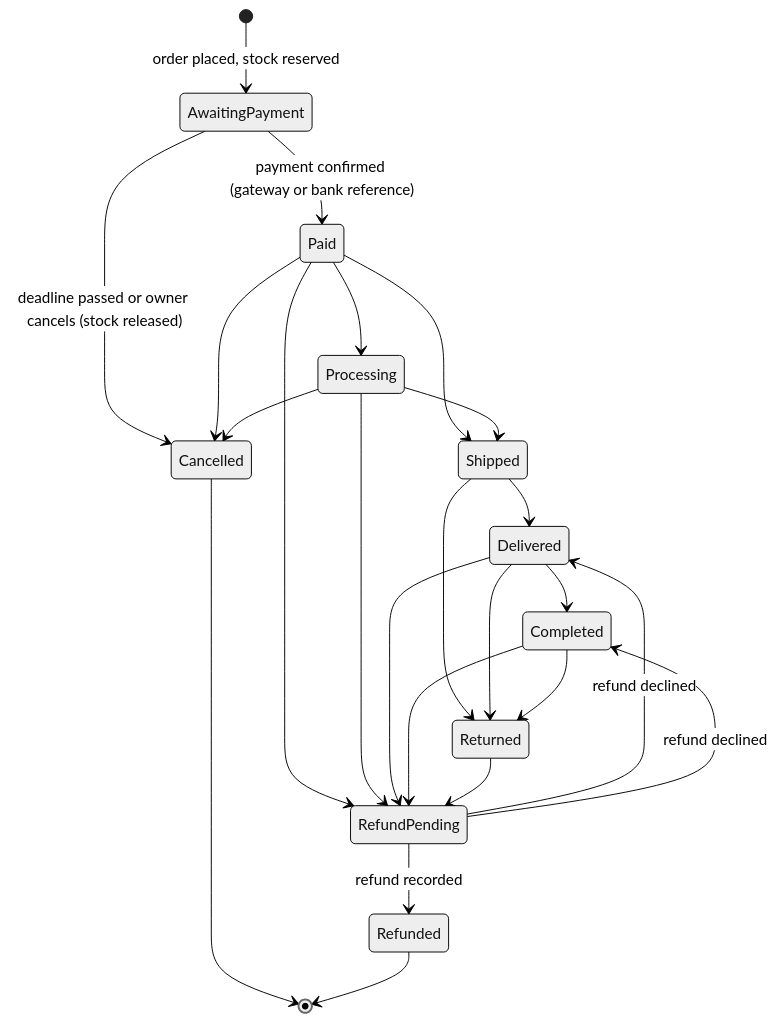
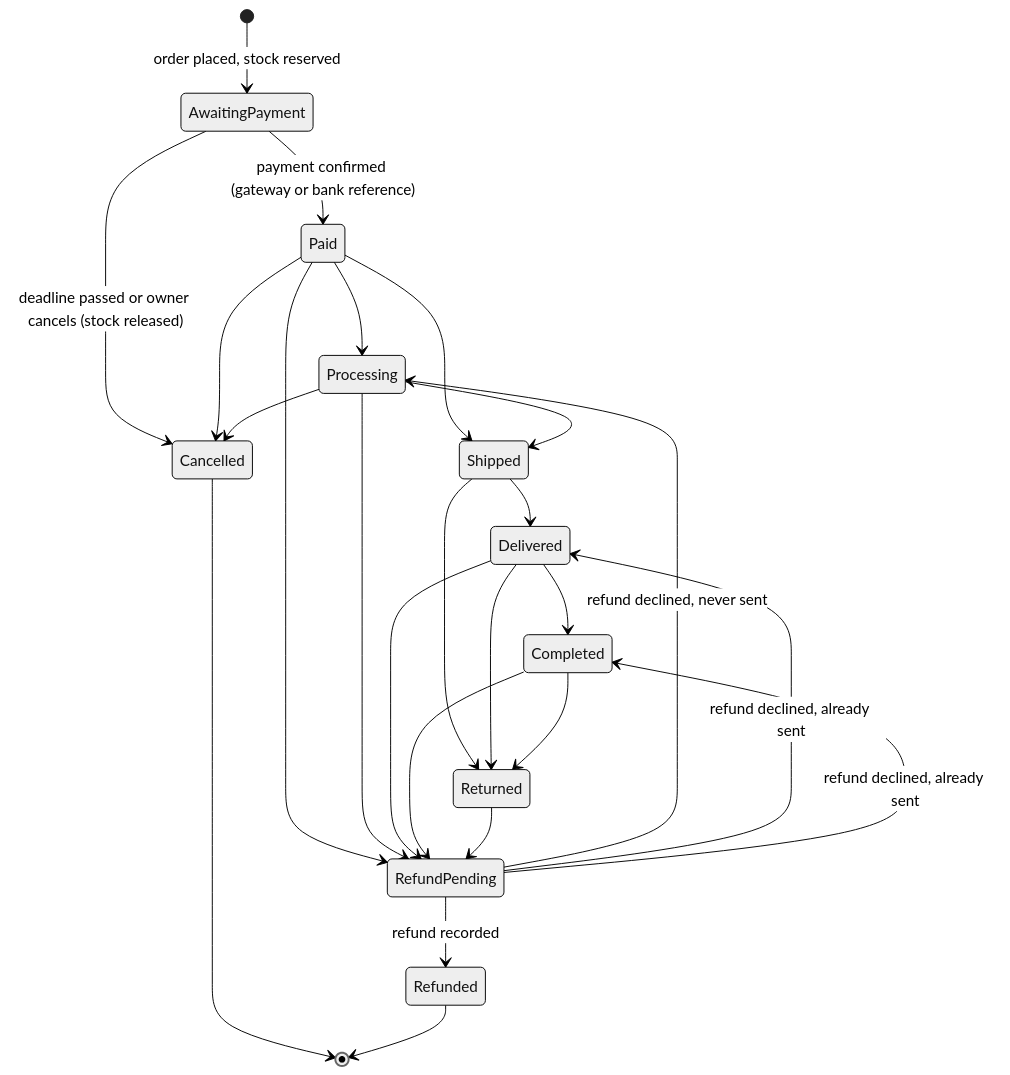
The second of 3 diagrams in docs/HOW_THE_SHOP_WORKS.md (Simonkhariz/eCommerce), drawn with Mermaid (neutral theme) before and after one commit. The commit also changed other lines of this file, not shown here.

Commit message:
docs(guide): safeguards from the full review (reviews, sign-in, expiry sweep, stock holds, clean-up, declined refunds, checkout retries)

````diff
--- a/docs/HOW_THE_SHOP_WORKS.md
+++ b/docs/HOW_THE_SHOP_WORKS.md
@@ -449,26 +461,27 @@
 ```mermaid
 stateDiagram-v2
     [*] --> AwaitingPayment: order placed, stock reserved
     AwaitingPayment --> Paid: payment confirmed (gateway or bank reference)
     AwaitingPayment --> Cancelled: deadline passed or owner cancels (stock released)
     Paid --> Processing
     Paid --> Shipped
     Processing --> Shipped
     Paid --> Cancelled
     Processing --> Cancelled
     Paid --> RefundPending
     Processing --> RefundPending
     Shipped --> Delivered
     Shipped --> Returned
     Delivered --> Completed
     Delivered --> Returned
     Delivered --> RefundPending
     Completed --> Returned
     Completed --> RefundPending
     Returned --> RefundPending
-    RefundPending --> Delivered: refund declined
-    RefundPending --> Completed: refund declined
+    RefundPending --> Processing: refund declined, never sent
+    RefundPending --> Delivered: refund declined, already sent
+    RefundPending --> Completed: refund declined, already sent
     RefundPending --> Refunded: refund recorded
     Cancelled --> [*]
     Refunded --> [*]
 ```
````
